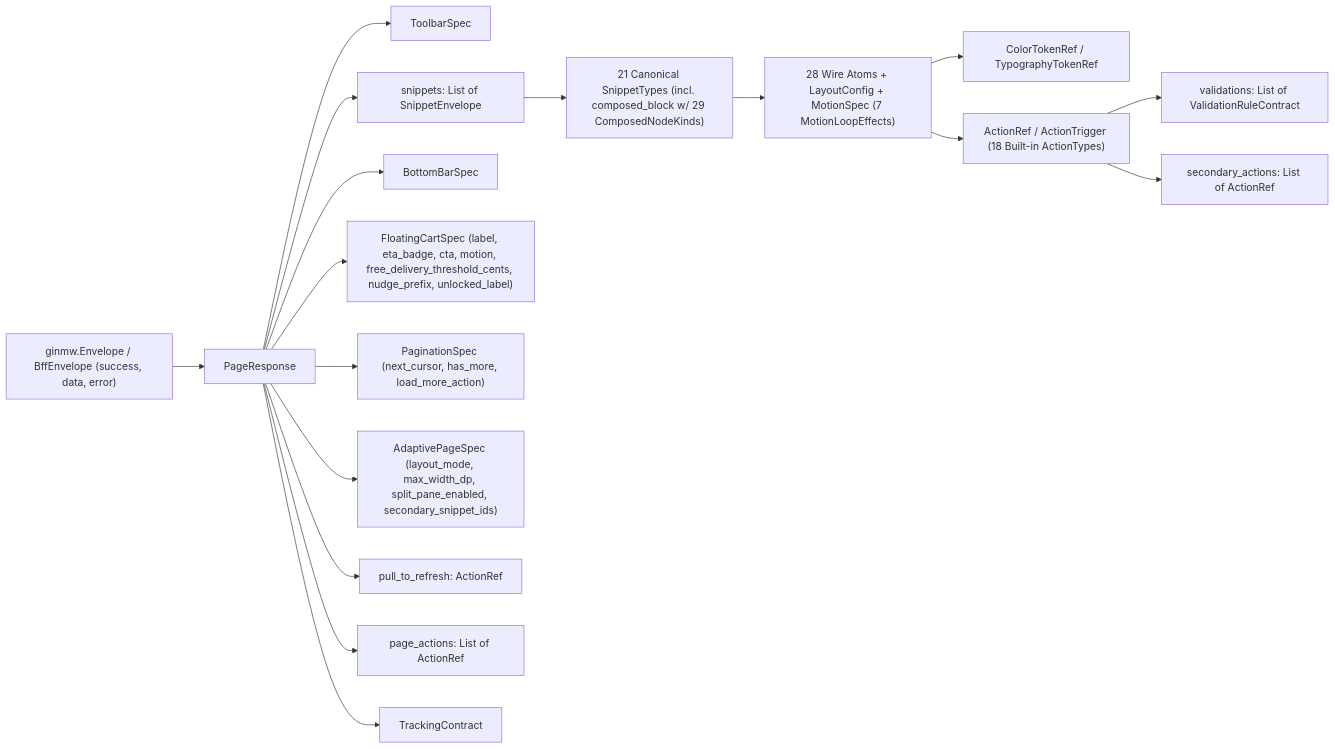
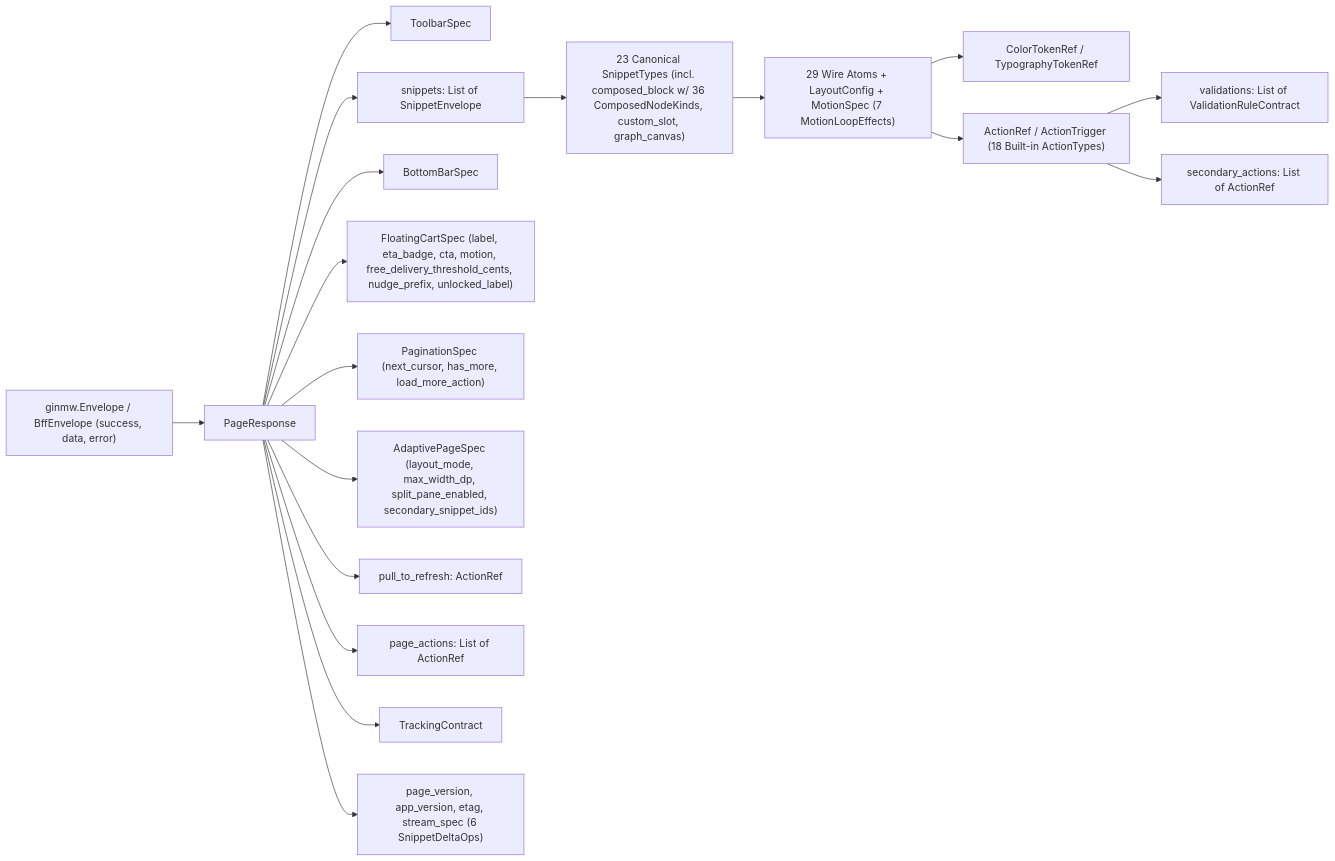
Before and after one commit to Abeta-dev/kmp: the diagram in docs/sdui-wire-protocol.md, drawn with Mermaid. The commit also changed other lines of this file and 314 other files, not shown here.

````diff
--- a/docs/sdui-wire-protocol.md
+++ b/docs/sdui-wire-protocol.md
@@ -11,19 +11,20 @@
 ```mermaid
 flowchart LR
     Env["ginmw.Envelope / BffEnvelope (success, data, error)"] --> Page["PageResponse"]
     Page --> Toolbar["ToolbarSpec"]
     Page --> Snippets["snippets: List of SnippetEnvelope"]
     Page --> BottomBar["BottomBarSpec"]
     Page --> FloatingCart["FloatingCartSpec (label, eta_badge, cta, motion, free_delivery_threshold_cents, nudge_prefix, unlocked_label)"]
     Page --> Pagination["PaginationSpec (next_cursor, has_more, load_more_action)"]
     Page --> Adaptive["AdaptivePageSpec (layout_mode, max_width_dp, split_pane_enabled, secondary_snippet_ids)"]
     Page --> PullRefresh["pull_to_refresh: ActionRef"]
     Page --> PageActions["page_actions: List of ActionRef"]
     Page --> Tracking["TrackingContract"]
-    Snippets --> SnippetData["21 Canonical SnippetTypes (incl. composed_block w/ 29 ComposedNodeKinds)"]
-    SnippetData --> Atoms["28 Wire Atoms + LayoutConfig + MotionSpec (7 MotionLoopEffects)"]
+    Page --> Versioning["page_version, app_version, etag, stream_spec (6 SnippetDeltaOps)"]
+    Snippets --> SnippetData["23 Canonical SnippetTypes (incl. composed_block w/ 36 ComposedNodeKinds, custom_slot, graph_canvas)"]
+    SnippetData --> Atoms["29 Wire Atoms + LayoutConfig + MotionSpec (7 MotionLoopEffects)"]
     Atoms --> Tokens["ColorTokenRef / TypographyTokenRef"]
     Atoms --> ActionRef["ActionRef / ActionTrigger (18 Built-in ActionTypes)"]
     ActionRef --> Validations["validations: List of ValidationRuleContract"]
     ActionRef --> Secondary["secondary_actions: List of ActionRef"]
 ```
````
